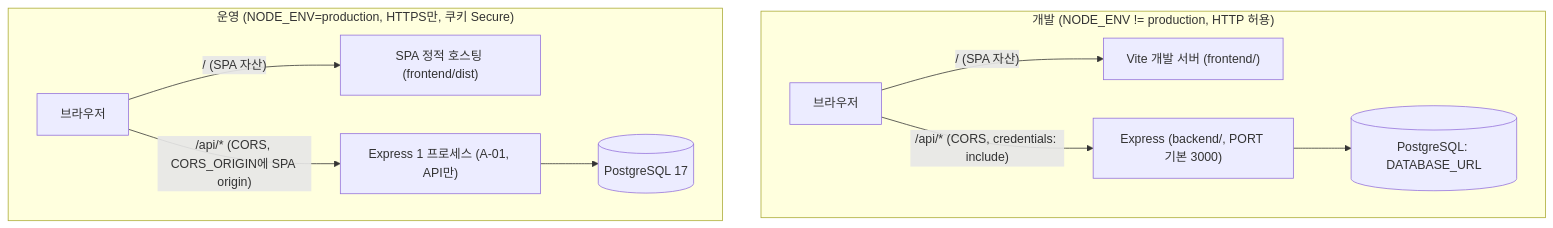
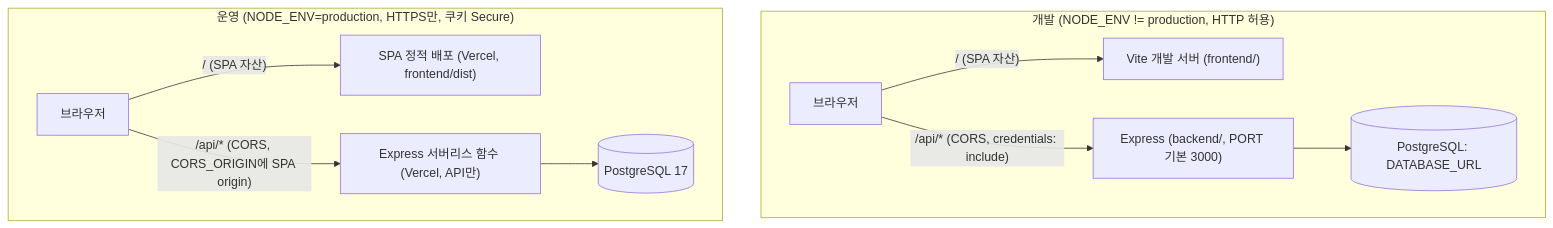
The second of 15 diagrams in docs/6-arch-diagram.md (okbaronok2-tech/todolist_app), drawn with Mermaid before and after one commit. The commit also changed other lines of this file and 19 other files, not shown here.

````diff
--- a/docs/6-arch-diagram.md
+++ b/docs/6-arch-diagram.md
@@ -70,22 +71,22 @@
 ```mermaid
 flowchart TB
     subgraph DEV["개발 (NODE_ENV != production, HTTP 허용)"]
         DB1["브라우저"]
         DV["Vite 개발 서버 (frontend/)"]
         DE["Express (backend/, PORT 기본 3000)"]
         DP[("PostgreSQL: DATABASE_URL")]
         DB1 -->|"/ (SPA 자산)"| DV
         DB1 -->|"/api/* (CORS, credentials: include)"| DE
         DE --> DP
     end
 
     subgraph PROD["운영 (NODE_ENV=production, HTTPS만, 쿠키 Secure)"]
         PB["브라우저"]
-        PE["Express 1 프로세스 (A-01, API만)"]
-        PS["SPA 정적 호스팅 (frontend/dist)"]
+        PE["Express 서버리스 함수 (Vercel, API만)"]
+        PS["SPA 정적 배포 (Vercel, frontend/dist)"]
         PP[("PostgreSQL 17")]
         PB -->|"/ (SPA 자산)"| PS
         PB -->|"/api/* (CORS, CORS_ORIGIN에 SPA origin)"| PE
         PE --> PP
     end
 ```
````
